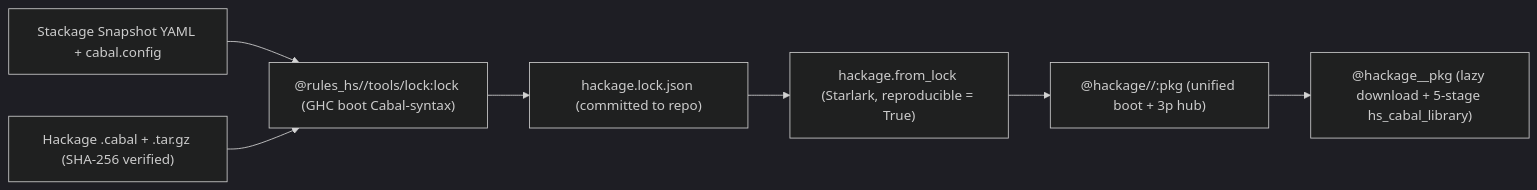
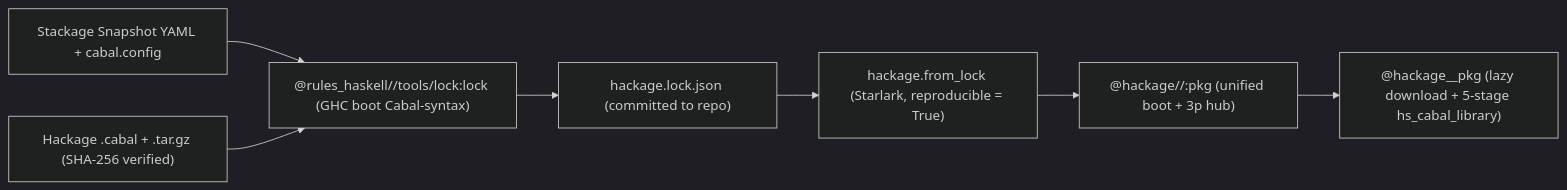
The diagram in docs/content/guide/hackage.md (kaycebasques/hs), drawn with Mermaid (dark theme) before and after one commit. The commit also changed other lines of this file and 110 other files, not shown here.

Commit message:
refactor: rename project from rules_hs to rules_haskell

````diff
--- a/docs/content/guide/hackage.md
+++ b/docs/content/guide/hackage.md
@@ -14,9 +14,9 @@
 ```mermaid
 flowchart LR
-    SNAP["Stackage Snapshot YAML + cabal.config"] --> LOCK["@rules_hs//tools/lock:lock (GHC boot Cabal-syntax)"]
+    SNAP["Stackage Snapshot YAML + cabal.config"] --> LOCK["@rules_haskell//tools/lock:lock (GHC boot Cabal-syntax)"]
     HACKAGE["Hackage .cabal + .tar.gz (SHA-256 verified)"] --> LOCK
     LOCK --> JSON["hackage.lock.json (committed to repo)"]
     JSON --> EXT["hackage.from_lock (Starlark, reproducible = True)"]
     EXT --> HUB["@hackage//:pkg (unified boot + 3p hub)"]
     HUB --> LAZY["@hackage__pkg (lazy download + 5-stage hs_cabal_library)"]
 ```
````
